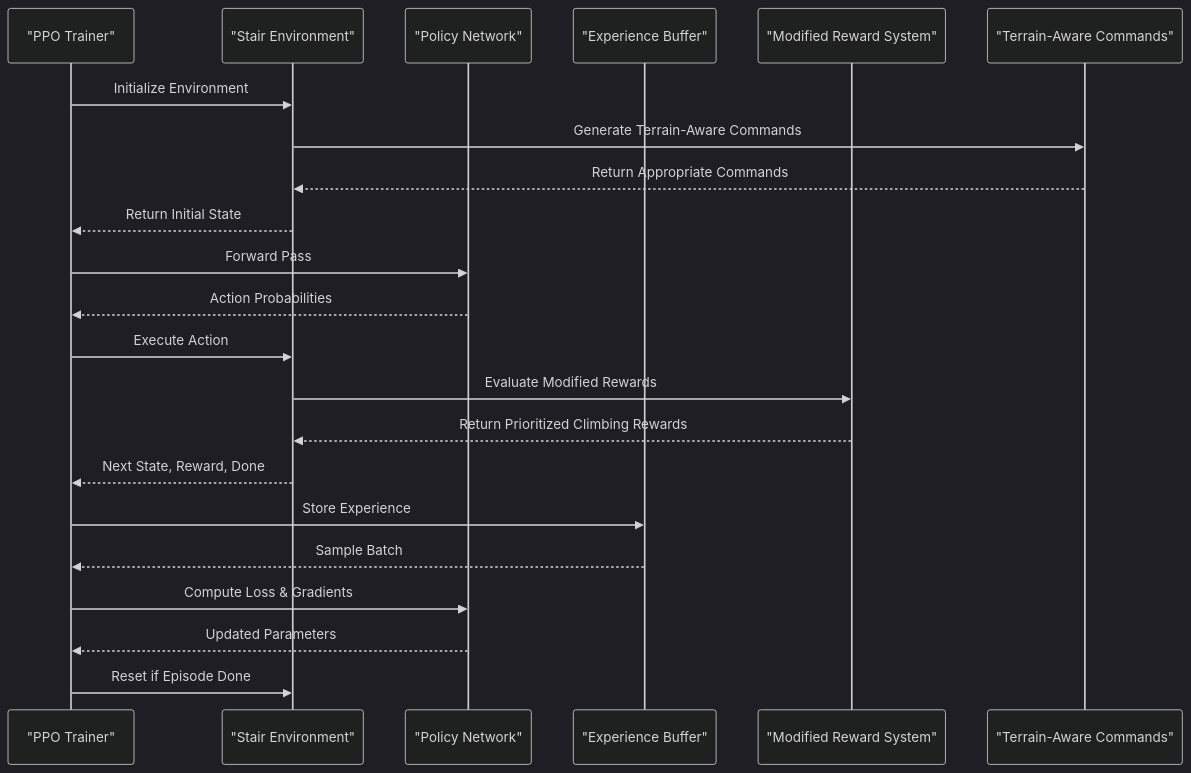
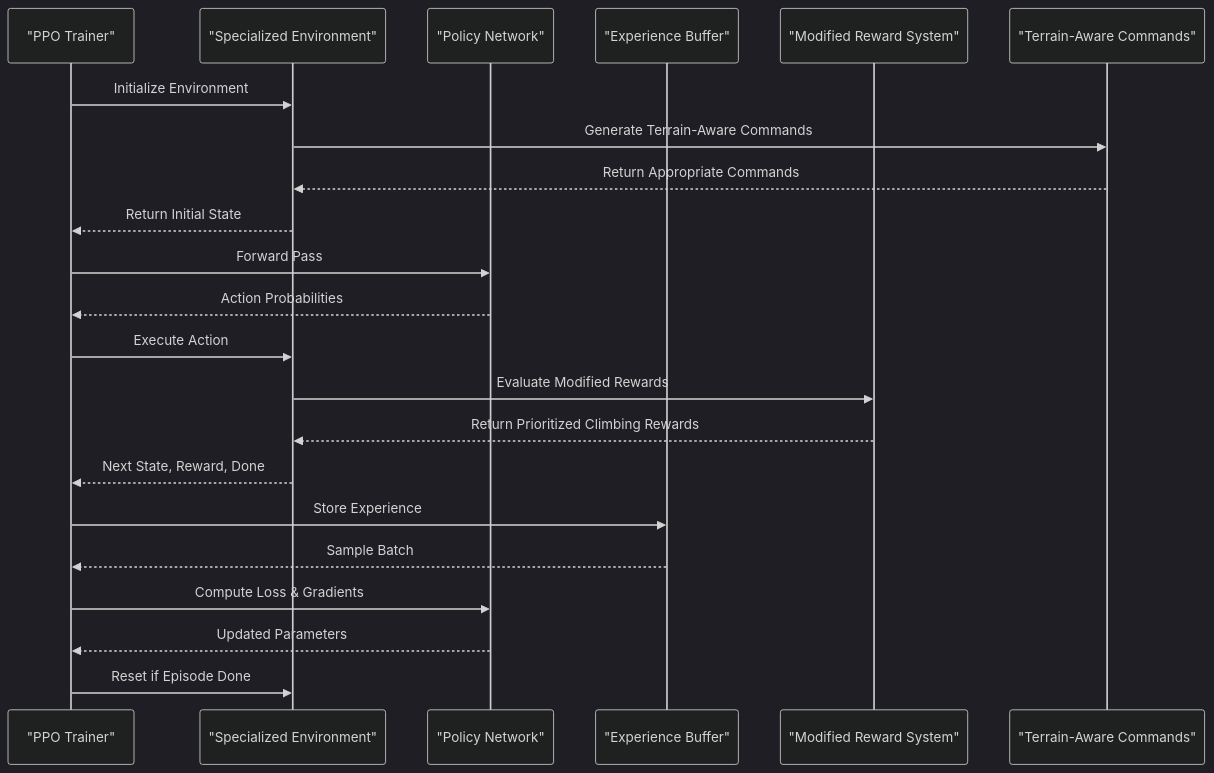
Before and after one commit to jayjayhust/robot_lab: the fifth of 10 diagrams in .qoder/repowiki/en/content/ZSIBOT ZSL1 Stair Climbing Configuration.md, drawn with Mermaid (dark theme). The commit also changed other lines of this file and 9 other files, not shown here.

````diff
--- a/.qoder/repowiki/en/content/ZSIBOT ZSL1 Stair Climbing Configuration.md
+++ b/.qoder/repowiki/en/content/ZSIBOT ZSL1 Stair Climbing Configuration.md
@@ -310,24 +340,24 @@
 ```mermaid
 sequenceDiagram
 participant Trainer as "PPO Trainer"
-participant Env as "Stair Environment"
+participant Env as "Specialized Environment"
 participant Agent as "Policy Network"
 participant Memory as "Experience Buffer"
 participant Rewards as "Modified Reward System"
 participant Commands as "Terrain-Aware Commands"
 Trainer->>Env : Initialize Environment
 Env->>Commands : Generate Terrain-Aware Commands
 Commands-->>Env : Return Appropriate Commands
 Env-->>Trainer : Return Initial State
 Trainer->>Agent : Forward Pass
 Agent-->>Trainer : Action Probabilities
 Trainer->>Env : Execute Action
 Env->>Rewards : Evaluate Modified Rewards
 Rewards-->>Env : Return Prioritized Climbing Rewards
 Env-->>Trainer : Next State, Reward, Done
 Trainer->>Memory : Store Experience
 Memory-->>Trainer : Sample Batch
 Trainer->>Agent : Compute Loss & Gradients
 Agent-->>Trainer : Updated Parameters
 Trainer->>Env : Reset if Episode Done
 ```
````
